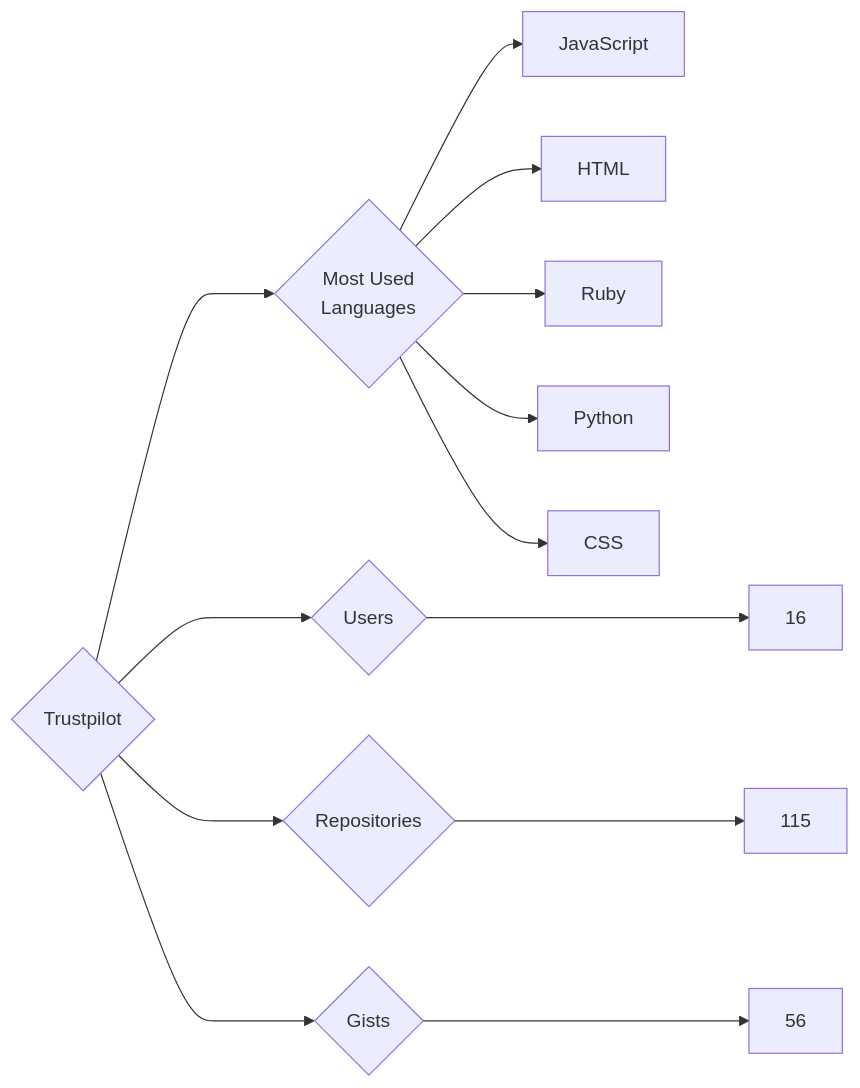
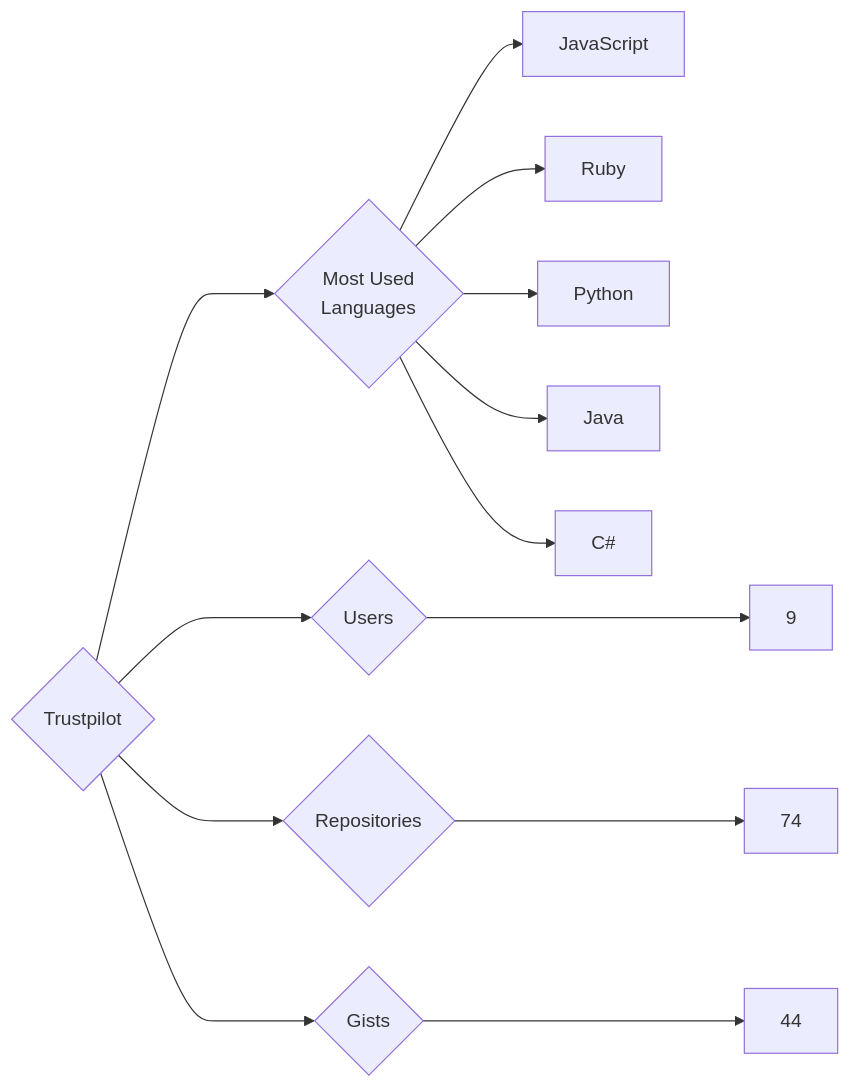
One commit to trickest/insiders changed the diagram in targets/Trustpilot/README.md. Above: the diagram before and after it, drawn with Mermaid. The commit also changed 964 other files, not shown here.

````diff
--- a/targets/Trustpilot/README.md
+++ b/targets/Trustpilot/README.md
@@ -3,13 +3,13 @@
 ```mermaid
 graph LR
 COMPANY_NAME{Trustpilot}
-COMPANY_NAME ---> U{Users} ---> UN[16]
-COMPANY_NAME ---> R{Repositories} ---> RN[115]
-COMPANY_NAME ---> G{Gists} ---> GN[56]
+COMPANY_NAME ---> U{Users} ---> UN[9]
+COMPANY_NAME ---> R{Repositories} ---> RN[74]
+COMPANY_NAME ---> G{Gists} ---> GN[44]
 COMPANY_NAME ---> ML{Most Used<br>Languages}
 ML --> JavaScript[JavaScript]
-ML --> HTML[HTML]
 ML --> Ruby[Ruby]
 ML --> Python[Python]
-ML --> CSS[CSS]
+ML --> Java[Java]
+ML --> C#[C#]
 ```
````
